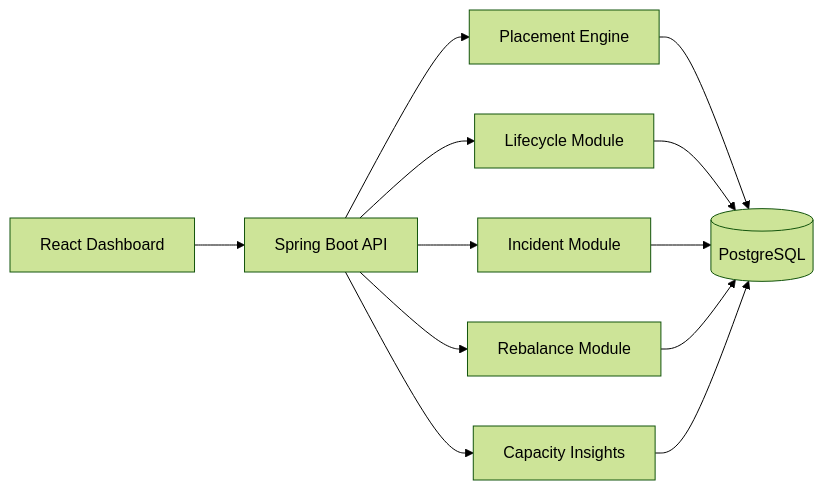
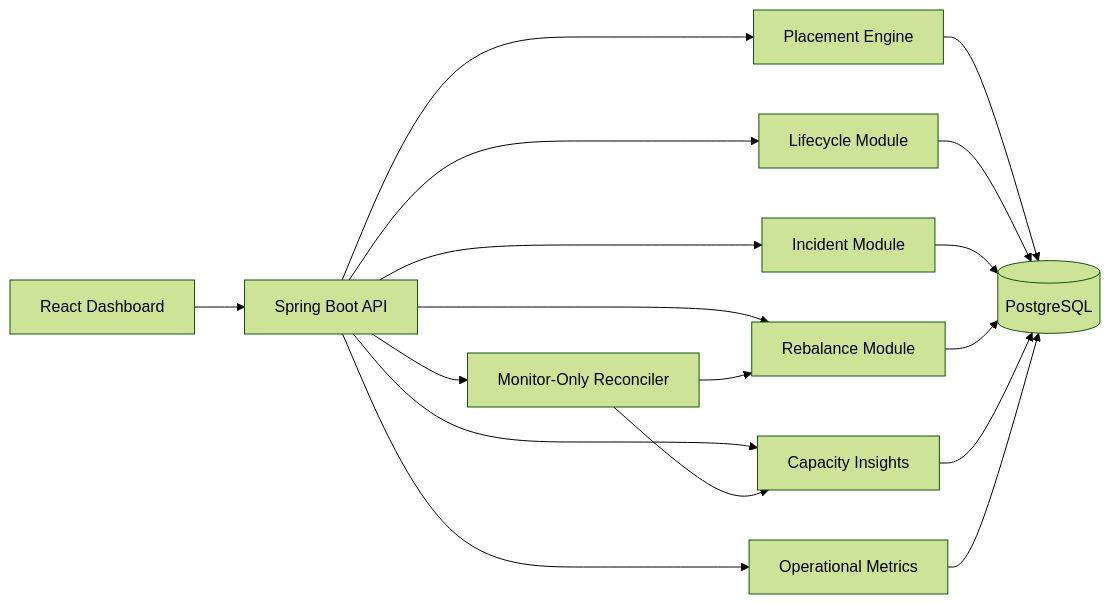
The diagram in docs/architecture.md (ThanmayeMS/stratus-lite), drawn with Mermaid (forest theme) before and after one commit. The commit also changed other lines of this file and 17 other files, not shown here.

Commit message:
Add reconciler and operational metrics

````diff
--- a/docs/architecture.md
+++ b/docs/architecture.md
@@ -7,14 +7,19 @@
 ```mermaid
 flowchart LR
   UI["React Dashboard"] --> API["Spring Boot API"]
   API --> Placement["Placement Engine"]
   API --> Lifecycle["Lifecycle Module"]
   API --> Incidents["Incident Module"]
   API --> Rebalance["Rebalance Module"]
   API --> Insights["Capacity Insights"]
+  API --> Reconciler["Monitor-Only Reconciler"]
+  API --> Metrics["Operational Metrics"]
   Placement --> DB[("PostgreSQL")]
   Lifecycle --> DB
   Incidents --> DB
   Rebalance --> DB
   Insights --> DB
+  Reconciler --> Rebalance
+  Reconciler --> Insights
+  Metrics --> DB
 ```
````
